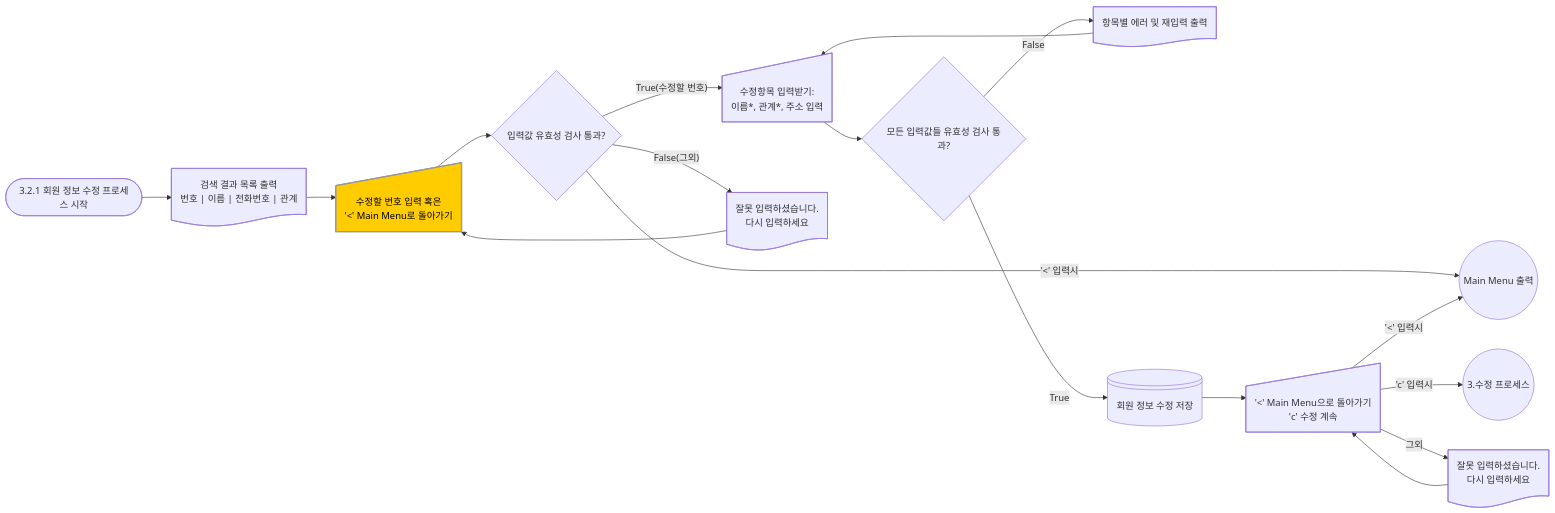
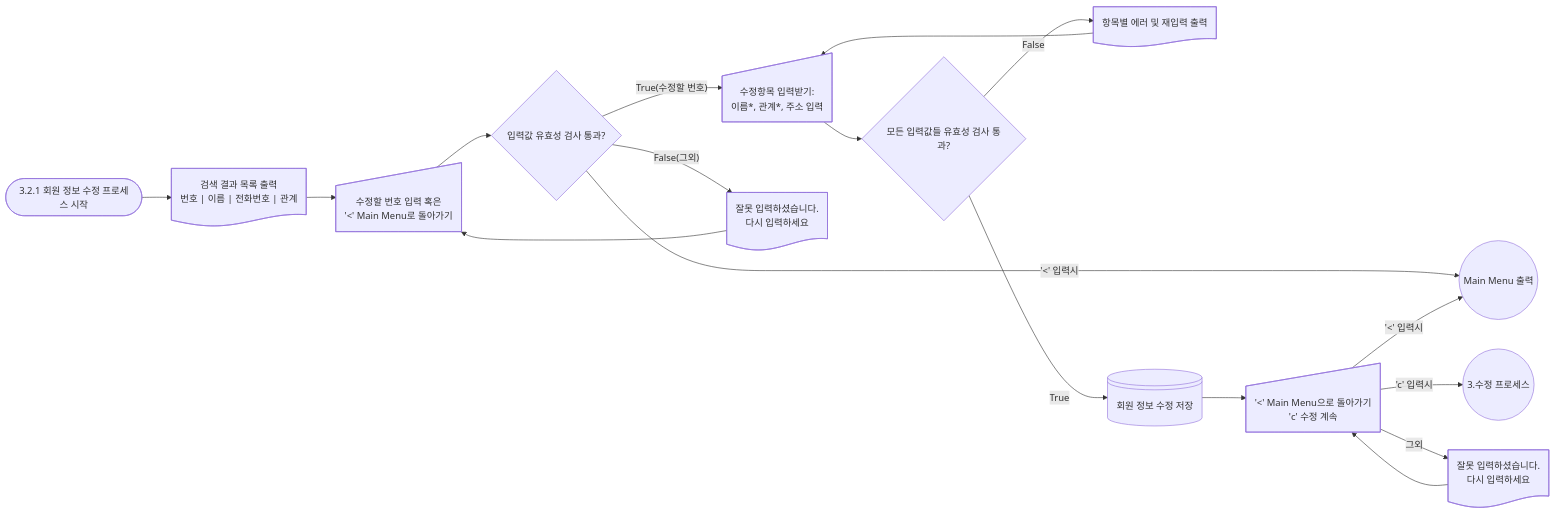
The diagram in docs/1stSubject_flowchart03_update_3.2.1-updatingProcess.md (Happy-o3ov/big20-python-project1-team3), drawn with Mermaid before and after one commit. The commit also changed 5 other files, not shown here.

Commit message:
flowchart finish

````diff
--- a/docs/1stSubject_flowchart03_update_3.2.1-updatingProcess.md
+++ b/docs/1stSubject_flowchart03_update_3.2.1-updatingProcess.md
@@ -2,28 +2,28 @@
 ```mermaid
 graph LR
-  style inputViewNum fill:#FFCC00,stroke:#999,stroke-width:2px,color:#000 
+  %% style inputViewNum fill:#FFCC00,stroke:#999,stroke-width:2px,color:#000 
   UpdateAItem([ 3.2.1 회원 정보 수정 프로세스 시작 ]) 
     UpdateAItem --> searchResultList@{ shape: doc, label: "검색 결과 목록 출력 <br> 번호 | 이름 | 전화번호 | 관계 " }  
     searchResultList --> inputViewNum@{ shape: sl-rect, label: "수정할 번호 입력 혹은 <br>'<' Main Menu로 돌아가기"};
 
     inputViewNum --> inputValidation{입력값 유효성 검사 통과? };
     inputValidation -- True(수정할 번호) --> inputUpdateItems@{ shape: sl-rect, label: "수정항목 입력받기: <br> 이름*, 관계*, 주소 입력"}    
       inputUpdateItems --> validationItems{ 모든 입력값들 유효성 검사 통과? };
     inputValidation -- False(그외) --> errorInputPrint@{ shape: doc, label: "잘못 입력하셨습니다. <br> 다시 입력하세요"};
       errorInputPrint --> inputViewNum
     inputValidation -- '<' 입력시 --> Menu((Main Menu))          
     validationItems -- False --> printError@{ shape: doc, label: "항목별 에러 및 재입력 출력"};
       printError --> inputUpdateItems;  
     %% validationItems -- True --> checkDuplication[중복확인]
     %% checkDuplication --> duplJudge{ 입력받은 전화번호가 기 등록되어 있는가? };  
     %% duplJudge -- True --> printError2@{ shape: doc, label: "기등록 메시지 출력"};
     %%  printError2 --> subMenu;
     %% duplJudge -- False --> updateInfo@{ shape: lin-cyl, label: "회원 정보 수정 저장" };
       validationItems -- True --> updateInfo@{ shape: lin-cyl, label: "회원 정보 수정 저장" };
       updateInfo --> subMenu@{ shape: sl-rect, label: "'<' Main Menu으로 돌아가기 <br> 'c' 수정 계속"};
       subMenu -- '<' 입력시 --> Menu((Main Menu 출력));
       subMenu -- 'c' 입력시 --> Update(( 3.수정 프로세스));
       subMenu -- 그외 --> errorInputPrint2@{ shape: doc, label: "잘못 입력하셨습니다. <br> 다시 입력하세요"};
                           errorInputPrint2 --> subMenu;        
    
  ```
````
